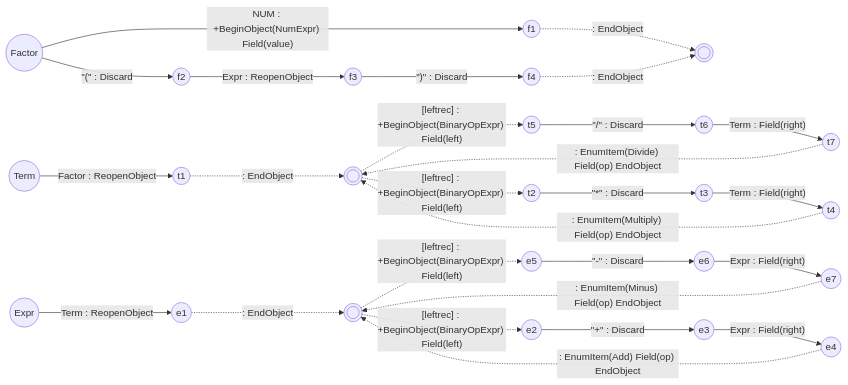
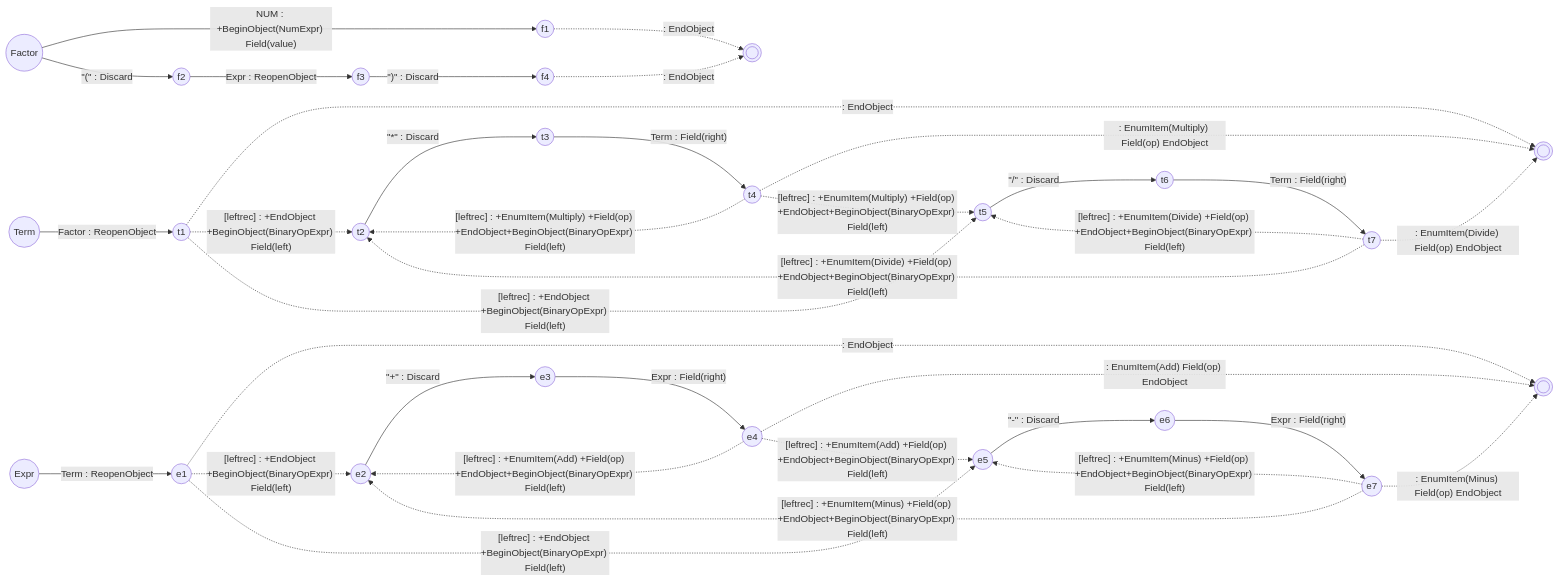
The ninth of 11 diagrams in Blog/GLR-Refactoring/Mermaid.md (vczh-websites/vczh), drawn with Mermaid before and after one commit.

````diff
--- a/Blog/GLR-Refactoring/Mermaid.md
+++ b/Blog/GLR-Refactoring/Mermaid.md
@@ -108,31 +108,41 @@
 ```mermaid
 graph LR
   fS((Factor))-- NUM : +BeginObject(NumExpr) Field(value) --> f1
   f1((f1))-. : EndObject .->fE((( )))
   fS-- #quot;(#quot; : Discard --> f2
   f2((f2))-- Expr : ReopenObject --> f3
   f3((f3))-- #quot;)#quot; : Discard -->f4
   f4((f4))-. : EndObject .->fE
 
   tS((Term))-- Factor : ReopenObject --> t1
   t1((t1))-. : EndObject .->tE((( )))
   t2((t2))-- #quot;*#quot; : Discard -->t3
   t3((t3))-- Term : Field(right) --> t4
   t4((t4))-. : EnumItem(Multiply) Field(op) EndObject .->tE
-  tE-. [leftrec] : +BeginObject(BinaryOpExpr) Field(left) .->t5
   t5((t5))-- #quot;/#quot; : Discard -->t6
   t6((t6))-- Term : Field(right) --> t7
   t7((t7))-. : EnumItem(Divide) Field(op) EndObject .->tE
-  tE-. [leftrec] : +BeginObject(BinaryOpExpr) Field(left) .->t2
+  
+  t1-. [leftrec] : +EndObject +BeginObject(BinaryOpExpr) Field(left) .->t2
+  t4-. [leftrec] : +EnumItem(Multiply) +Field(op) +EndObject+BeginObject(BinaryOpExpr) Field(left) .->t2
+  t7-. [leftrec] : +EnumItem(Divide) +Field(op) +EndObject+BeginObject(BinaryOpExpr) Field(left) .->t2
+  t1-. [leftrec] : +EndObject +BeginObject(BinaryOpExpr) Field(left) .->t5
+  t4-. [leftrec] : +EnumItem(Multiply) +Field(op) +EndObject+BeginObject(BinaryOpExpr) Field(left) .->t5
+  t7-. [leftrec] : +EnumItem(Divide) +Field(op) +EndObject+BeginObject(BinaryOpExpr) Field(left) .->t5
 
   eS((Expr))-- Term : ReopenObject --> e1
   e1((e1))-. : EndObject .->eE((( )))
   e2((e2))-- #quot;+#quot; : Discard -->e3
   e3((e3))-- Expr : Field(right) --> e4
   e4((e4))-. : EnumItem(Add) Field(op) EndObject .->eE
-  eE-. [leftrec] : +BeginObject(BinaryOpExpr) Field(left) .->e5
   e5((e5))-- #quot;-#quot; : Discard -->e6
   e6((e6))-- Expr : Field(right) --> e7
   e7((e7))-. : EnumItem(Minus) Field(op) EndObject .->eE
-  eE-. [leftrec] : +BeginObject(BinaryOpExpr) Field(left) .->e2
+  
+  e1-. [leftrec] : +EndObject +BeginObject(BinaryOpExpr) Field(left) .->e2
+  e4-. [leftrec] : +EnumItem(Add) +Field(op) +EndObject+BeginObject(BinaryOpExpr) Field(left) .->e2
+  e7-. [leftrec] : +EnumItem(Minus) +Field(op) +EndObject+BeginObject(BinaryOpExpr) Field(left) .->e2
+  e1-. [leftrec] : +EndObject +BeginObject(BinaryOpExpr) Field(left) .->e5
+  e4-. [leftrec] : +EnumItem(Add) +Field(op) +EndObject+BeginObject(BinaryOpExpr) Field(left) .->e5
+  e7-. [leftrec] : +EnumItem(Minus) +Field(op) +EndObject+BeginObject(BinaryOpExpr) Field(left) .->e5
 ```
````
